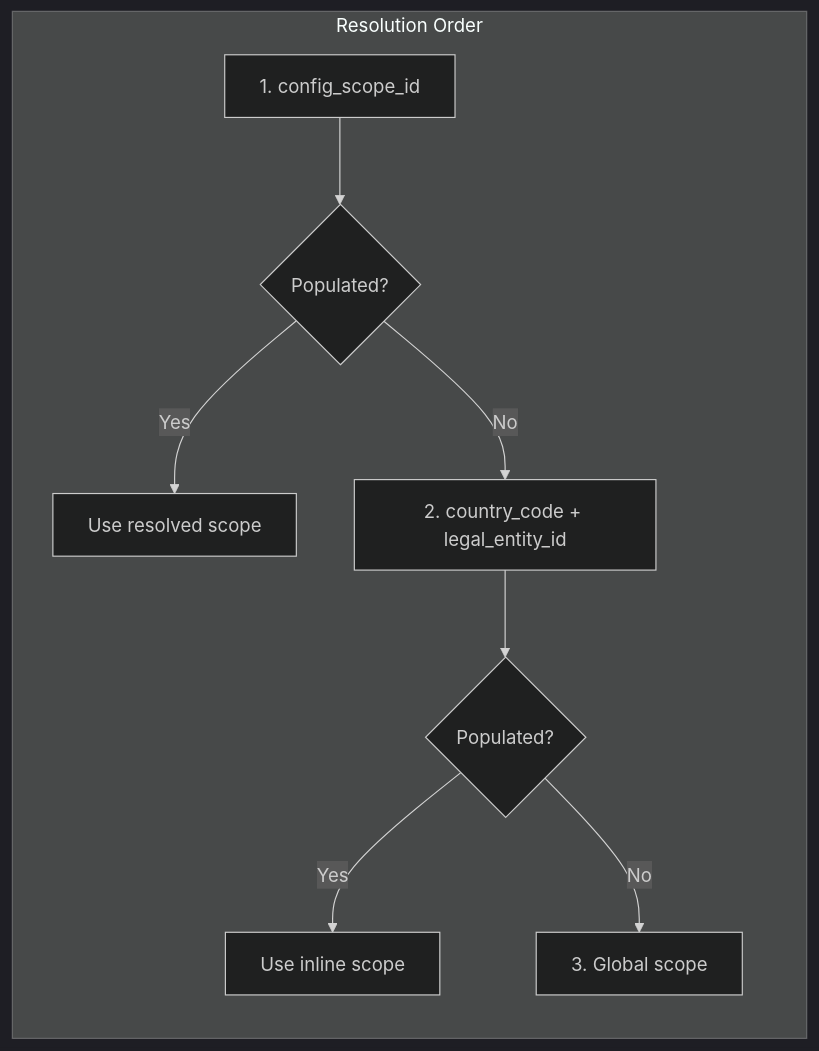
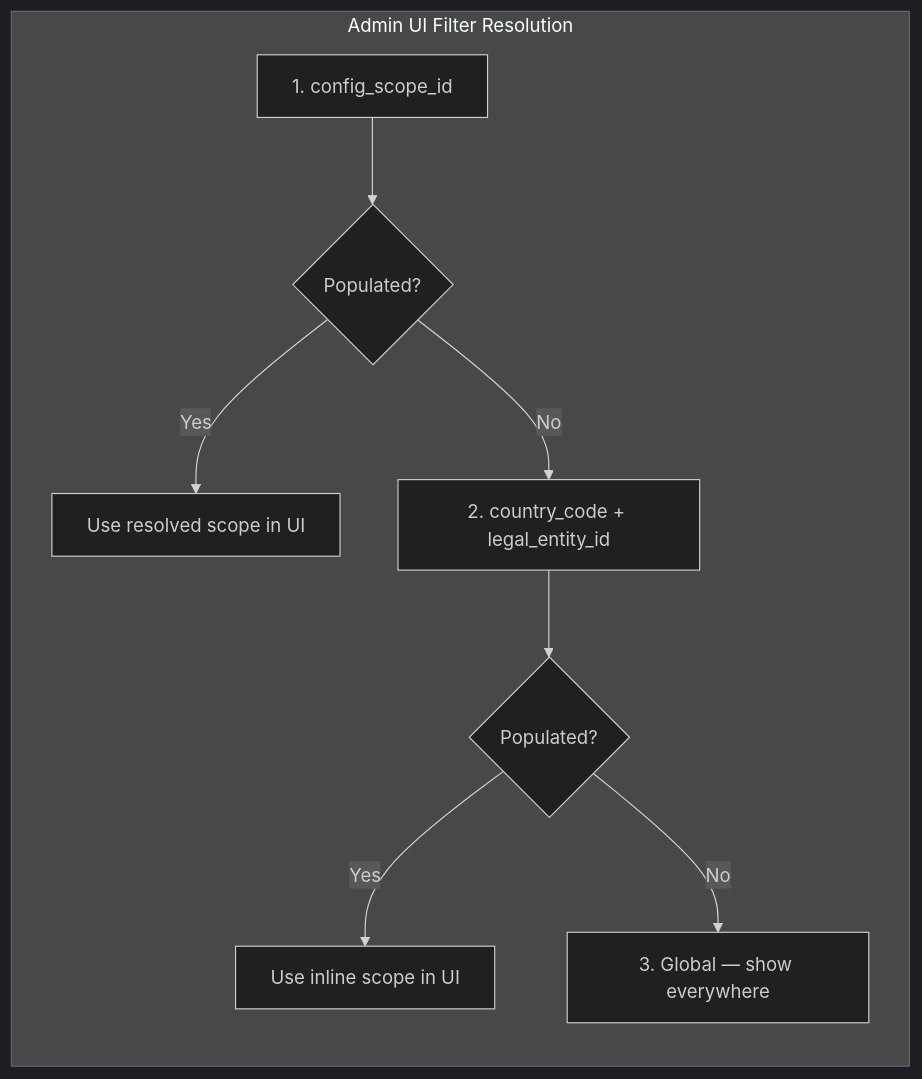
The third of 13 diagrams in docs/02-dbml/TR/01-CORE-COMPENSATION.md (a4b-corporation/xTalent), drawn with Mermaid (dark theme) before and after one commit. The commit also changed other lines of this file and 6 other files, not shown here.

````diff
--- a/docs/02-dbml/TR/01-CORE-COMPENSATION.md
+++ b/docs/02-dbml/TR/01-CORE-COMPENSATION.md
@@ -156,11 +167,11 @@
 ```mermaid
 graph LR
-    subgraph "Resolution Order"
+    subgraph "Admin UI Filter Resolution"
         A[1. config_scope_id] --> B{Populated?}
-        B -->|Yes| C[Use resolved scope]
+        B -->|Yes| C[Use resolved scope in UI]
         B -->|No| D[2. country_code + legal_entity_id]
         D --> E{Populated?}
-        E -->|Yes| F[Use inline scope]
-        E -->|No| G[3. Global scope]
+        E -->|Yes| F[Use inline scope in UI]
+        E -->|No| G[3. Global — show everywhere]
     end
 ```
````
